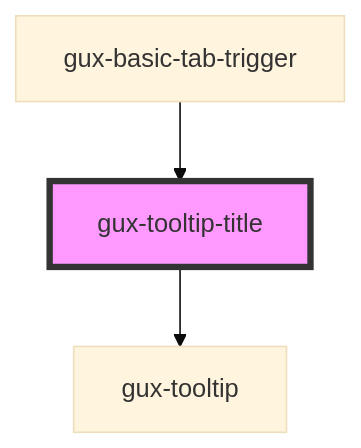
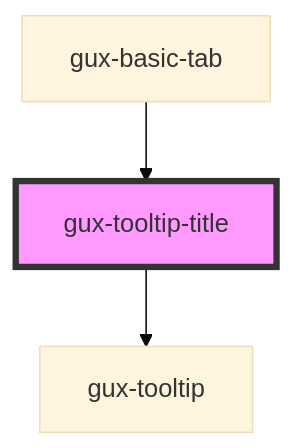
Before and after one commit to Retsam/genesys-webcomponents: the diagram in src/components/beta/gux-tooltip-title/readme.md, drawn with Mermaid (base theme). The commit also changed other lines of this file and 11 other files, not shown here.

Commit message:
refactor(gux-basic-tabs): addressing PR comments

````diff
--- a/src/components/beta/gux-tooltip-title/readme.md
+++ b/src/components/beta/gux-tooltip-title/readme.md
@@ -27,6 +26,6 @@
 ```mermaid
 graph TD;
   gux-tooltip-title --> gux-tooltip
-  gux-basic-tab-trigger --> gux-tooltip-title
+  gux-basic-tab --> gux-tooltip-title
   style gux-tooltip-title fill:#f9f,stroke:#333,stroke-width:4px
 ```
````
